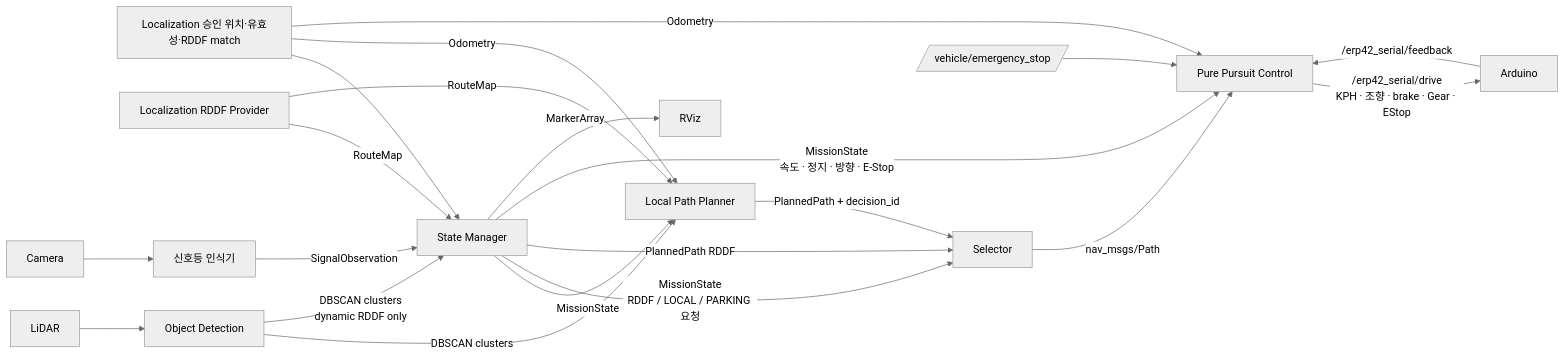
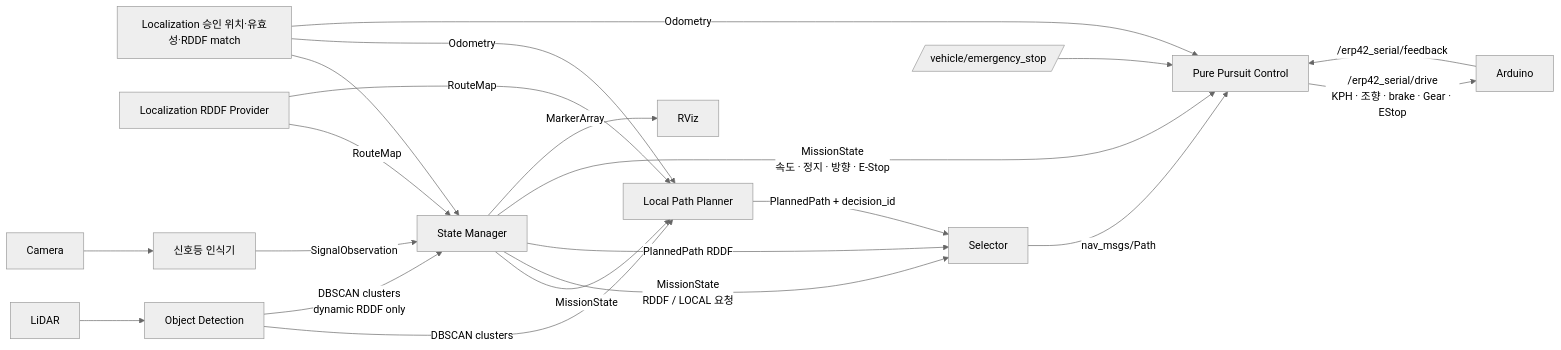
Before and after one commit to Team-Stier/HL-FMA-1-5-2026: the diagram in src/state_manager/README.md, drawn with Mermaid (neutral theme). The commit also changed other lines of this file and 14 other files, not shown here.

Commit message:
refactor: run parallel parking from RDDF profiles

````diff
--- a/src/state_manager/README.md
+++ b/src/state_manager/README.md
@@ -18,23 +18,23 @@
 ```mermaid
 flowchart LR
   L[Localization 승인 위치·유효성·RDDF match] --> S[State Manager]
   R[Localization RDDF Provider] -->|RouteMap| S
   C[Camera] --> T[신호등 인식기]
   T -->|SignalObservation| S
   D[LiDAR] --> O[Object Detection]
   O -->|DBSCAN clusters| P[Local Path Planner]
   O -->|DBSCAN clusters<br/>dynamic RDDF only| S
   L -->|Odometry| P
   R -->|RouteMap| P
   S -->|MissionState| P
-  S -->|MissionState<br/>RDDF / LOCAL / PARKING 요청| X[Selector]
+  S -->|MissionState<br/>RDDF / LOCAL 요청| X[Selector]
   S -->|PlannedPath RDDF| X
   P -->|PlannedPath + decision_id| X
   X -->|nav_msgs/Path| PP[Pure Pursuit Control]
   L -->|Odometry| PP
   S -->|MissionState<br/>속도 · 정지 · 방향 · E-Stop| PP
   E[/vehicle/emergency_stop/] --> PP
   PP -->|/erp42_serial/drive<br/>KPH · 조향 · brake · Gear · EStop| A[Arduino]
   A -->|/erp42_serial/feedback| PP
   S -->|MarkerArray| Z[RViz]
 ```
````
